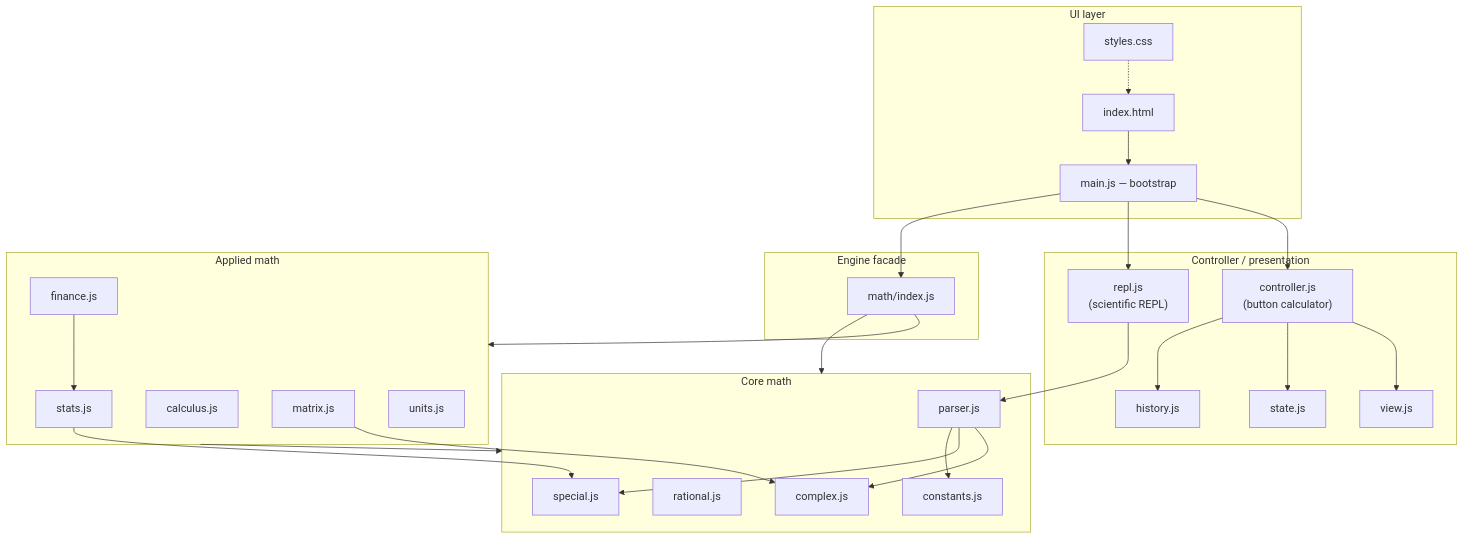
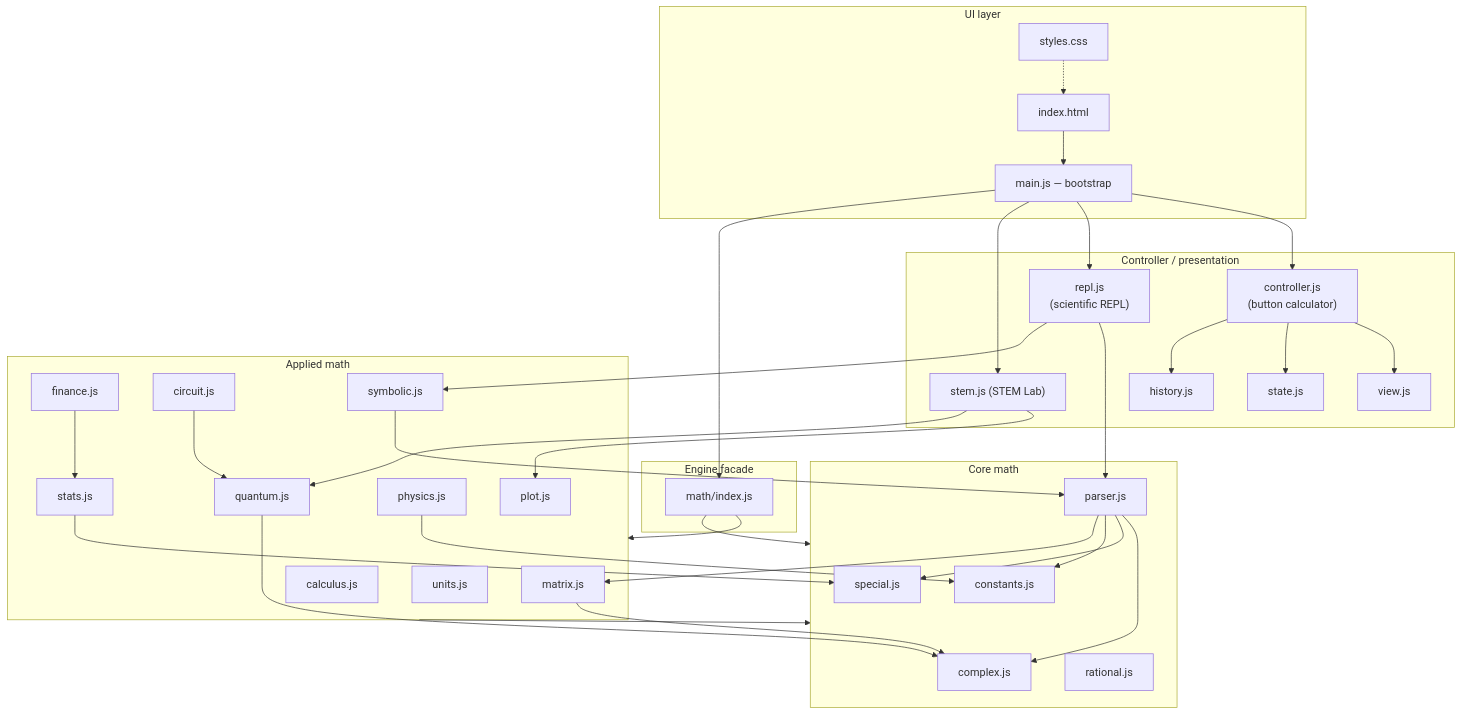
One commit to 0thernes/professional-calculator changed the first of 4 diagrams in Professional Calculator/docs/ARCHITECTURE.md. Above: the diagram before and after it, drawn with Mermaid. The commit also changed other lines of this file and 2 other files, not shown here.

Commit message:
docs: accuracy pass for v3.4.0 (architecture, kanban, audit)
Keep the docs in lockstep with the engine after the v3.1–3.4 expansion:
- ARCHITECTURE.md: module dependency graphs now include quantum/circuit/
  physics/plot/symbolic + stem, with their edges (circuit→quantum,
  symbolic→parser, parser→matrix, stem→plot/quantum).
- KANBAN.md: new "CAS & advanced grammar" epic marked done (symbolic diff +
  integration, matrix literals, Unicode operators, circuit builder); metrics
  refreshed (6 epics, 22 modules, 680 tests / 21 suites, v1.0→v3.4.0, PRs #1–9).
- AUDIT.md: addendum documenting the post-v2.0 expansion held the same CI
  quality bar (lint 0 / tsc clean / coverage gate), with per-module anchors.

Docs-only; no code change.

````diff
--- a/Professional Calculator/docs/ARCHITECTURE.md
+++ b/Professional Calculator/docs/ARCHITECTURE.md
@@ -26,51 +26,66 @@
 ```mermaid
 flowchart TB
     subgraph UI["UI layer"]
         HTML["index.html"]
         CSS["styles.css"]
         MAIN["main.js — bootstrap"]
     end
     subgraph CTRL["Controller / presentation"]
         CONTROLLER["controller.js<br/>(button calculator)"]
         REPL["repl.js<br/>(scientific REPL)"]
         VIEW["view.js"]
         STATE["state.js"]
         HISTORY["history.js"]
+        STEM["stem.js (STEM Lab)"]
     end
     subgraph FACADE["Engine facade"]
         INDEX["math/index.js"]
     end
     subgraph APPLIED["Applied math"]
         MATRIX["matrix.js"]
         CALC["calculus.js"]
         STATS["stats.js"]
         UNITS["units.js"]
         FIN["finance.js"]
+        QUANTUM["quantum.js"]
+        CIRCUIT["circuit.js"]
+        PHYSICS["physics.js"]
+        PLOT["plot.js"]
+        SYMBOLIC["symbolic.js"]
     end
     subgraph CORE["Core math"]
         COMPLEX["complex.js"]
         RATIONAL["rational.js"]
         SPECIAL["special.js"]
         PARSER["parser.js"]
         CONST["constants.js"]
     end
 
     HTML --> MAIN
     CSS -.-> HTML
     MAIN --> CONTROLLER
     MAIN --> REPL
+    MAIN --> STEM
     CONTROLLER --> VIEW
     CONTROLLER --> STATE
     CONTROLLER --> HISTORY
     REPL --> PARSER
+    REPL --> SYMBOLIC
     MAIN --> INDEX
     INDEX --> APPLIED
     INDEX --> CORE
     APPLIED --> CORE
     PARSER --> COMPLEX
     PARSER --> SPECIAL
     PARSER --> CONST
+    PARSER --> MATRIX
     STATS --> SPECIAL
     FIN --> STATS
     MATRIX --> COMPLEX
+    QUANTUM --> COMPLEX
+    CIRCUIT --> QUANTUM
+    PHYSICS --> CONST
+    SYMBOLIC --> PARSER
+    STEM --> PLOT
+    STEM --> QUANTUM
 ```
````
